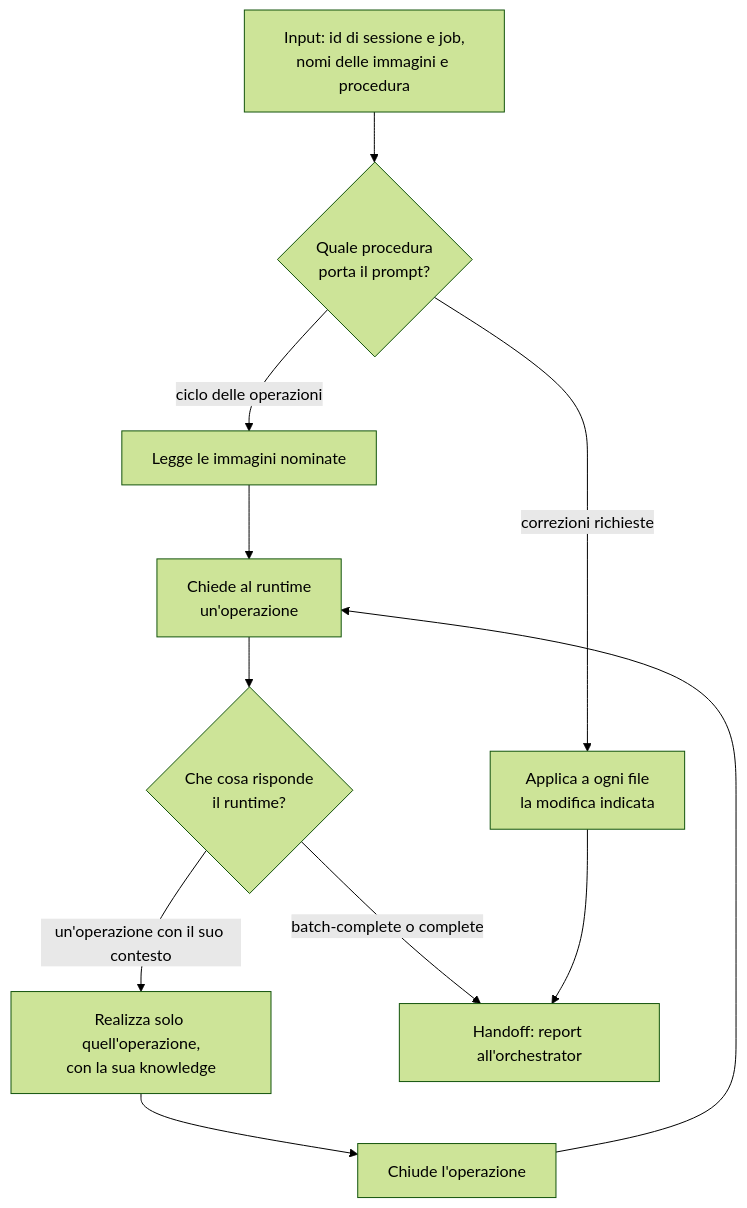
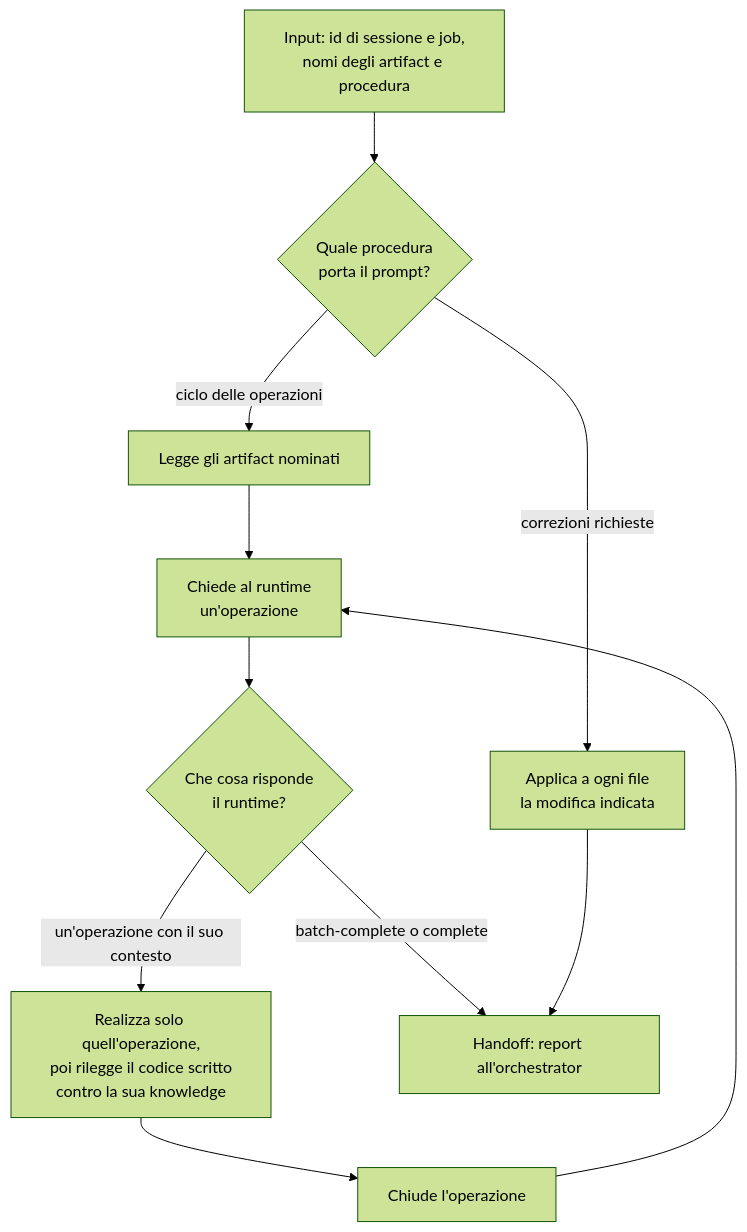
The diagram in orchestrator/role-maps/agents/code-implementor.md (violabg/agentic-system-lessons), drawn with Mermaid (forest theme) before and after one commit. The commit also changed other lines of this file and 68 other files, not shown here.

````diff
--- a/orchestrator/role-maps/agents/code-implementor.md
+++ b/orchestrator/role-maps/agents/code-implementor.md
@@ -17,13 +17,13 @@
 ```mermaid
 flowchart TD
-    Prompt[Input: id di sessione e job,<br/>nomi delle immagini e procedura] --> Kind{Quale procedura<br/>porta il prompt?}
-    Kind -->|ciclo delle operazioni| Images[Legge le immagini nominate]
+    Prompt[Input: id di sessione e job,<br/>nomi degli artifact e procedura] --> Kind{Quale procedura<br/>porta il prompt?}
+    Kind -->|ciclo delle operazioni| Images[Legge gli artifact nominati]
     Images --> Serve[Chiede al runtime<br/>un'operazione]
     Serve --> Term{Che cosa risponde<br/>il runtime?}
-    Term -->|un'operazione con il suo contesto| Work[Realizza solo quell'operazione,<br/>con la sua knowledge]
+    Term -->|un'operazione con il suo contesto| Work[Realizza solo quell'operazione,<br/>poi rilegge il codice scritto<br/>contro la sua knowledge]
     Work --> Close[Chiude l'operazione]
     Close --> Serve
     Term -->|batch-complete o complete| Report[Handoff: report all'orchestrator]
     Kind -->|correzioni richieste| Fix[Applica a ogni file<br/>la modifica indicata]
     Fix --> Report
 ```
````
